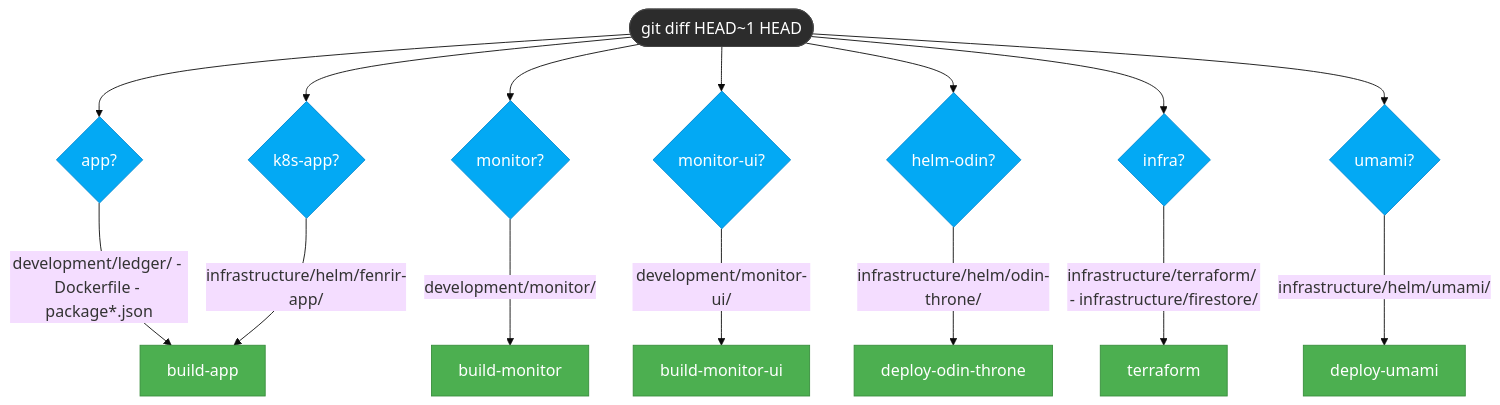
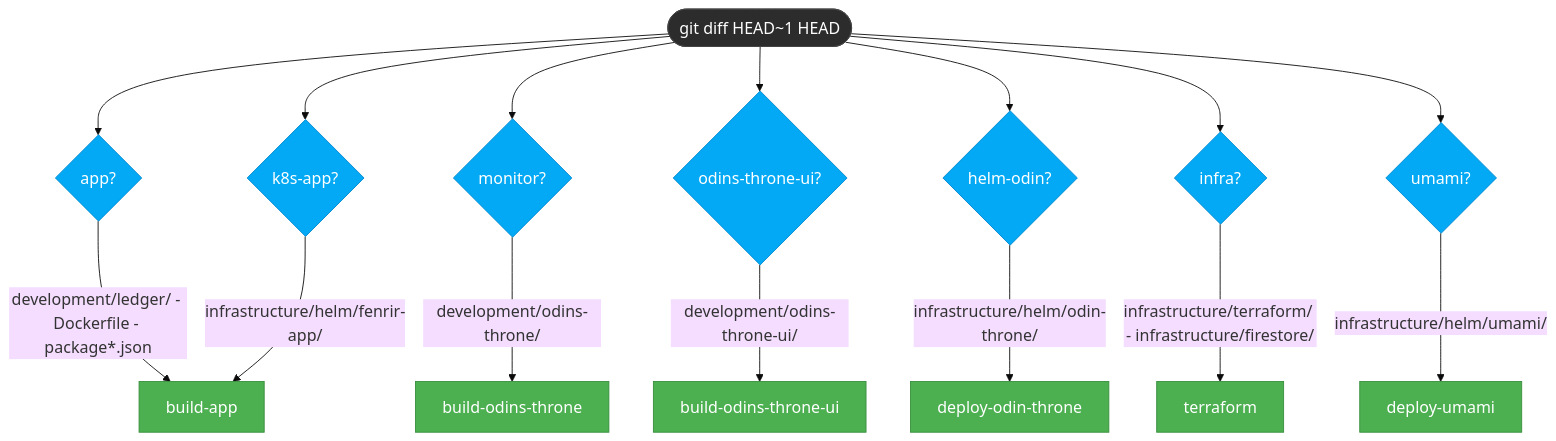
One commit to declanshanaghy/fenrir-ledger changed the second of 6 diagrams in development/docs/github-workflows.md. Above: the diagram before and after it, drawn with Mermaid. The commit also changed other lines of this file and 18 other files, not shown here.

First line of the commit message:
wip: update all monitor refs to odins-throne across codebase — issue:1679

````diff
--- a/development/docs/github-workflows.md
+++ b/development/docs/github-workflows.md
@@ -39,27 +39,27 @@
 ```mermaid
 %%{init: {'theme': 'base', 'themeVariables': {'fontSize': '18px'}}}%%
 graph TD
     classDef primary fill:#03A9F4,stroke:#0288D1,color:#FFF
     classDef healthy fill:#4CAF50,stroke:#388E3C,color:#FFF
     classDef background fill:#2C2C2C,stroke:#444,color:#FFF
 
     diff([git diff HEAD~1 HEAD]) --> app{app?}
     diff --> k8sapp{k8s-app?}
     diff --> monitor{monitor?}
-    diff --> monui{monitor-ui?}
+    diff --> monui{odins-throne-ui?}
     diff --> helmodin{helm-odin?}
     diff --> infra{infra?}
     diff --> umami{umami?}
 
     app -->|"development/ledger/ - Dockerfile - package*.json"| build-app[build-app]
     k8sapp -->|"infrastructure/helm/fenrir-app/"| build-app
-    monitor -->|"development/monitor/"| build-monitor[build-monitor]
-    monui -->|"development/monitor-ui/"| build-monitor-ui[build-monitor-ui]
+    monitor -->|"development/odins-throne/"| build-odins-throne[build-odins-throne]
+    monui -->|"development/odins-throne-ui/"| build-odins-throne-ui[build-odins-throne-ui]
     helmodin -->|"infrastructure/helm/odin-throne/"| deploy-odin[deploy-odin-throne]
     infra -->|"infrastructure/terraform/ - infrastructure/firestore/"| terraform[terraform]
     umami -->|"infrastructure/helm/umami/"| deploy-umami[deploy-umami]
 
     class diff background
     class app,k8sapp,monitor,monui,helmodin,infra,umami primary
-    class build-app,build-monitor,build-monitor-ui,deploy-odin,terraform,deploy-umami healthy
+    class build-app,build-odins-throne,build-odins-throne-ui,deploy-odin,terraform,deploy-umami healthy
 ```
````
